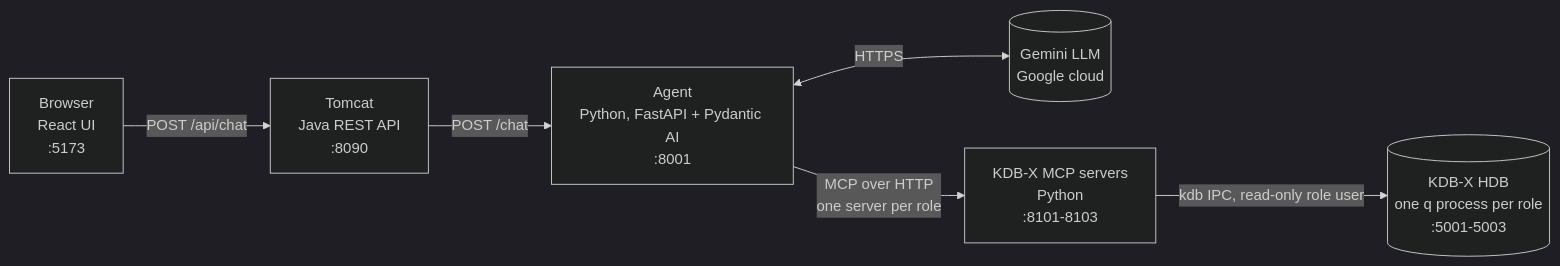
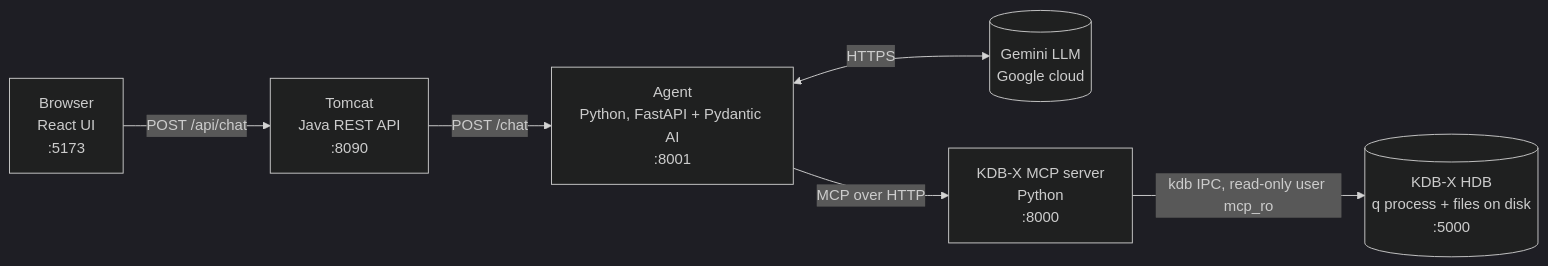
The first of 2 diagrams in doc/01-architecture.md (ronozh/kdb-ai-chat), drawn with Mermaid (dark theme) before and after one commit. The commit also changed other lines of this file and 10 other files, not shown here.

````diff
--- a/doc/01-architecture.md
+++ b/doc/01-architecture.md
@@ -11,8 +11,8 @@
 ```mermaid
 flowchart LR
     U[Browser<br/>React UI<br/>:5173] -->|POST /api/chat| T[Tomcat<br/>Java REST API<br/>:8090]
     T -->|POST /chat| A[Agent<br/>Python, FastAPI + Pydantic AI<br/>:8001]
     A <-->|HTTPS| G[(Gemini LLM<br/>Google cloud)]
-    A -->|MCP over HTTP<br/>one server per role| M[KDB-X MCP servers<br/>Python<br/>:8101-8103]
-    M -->|kdb IPC, read-only role user| K[(KDB-X HDB<br/>one q process per role<br/>:5001-5003)]
+    A -->|MCP over HTTP| M[KDB-X MCP server<br/>Python<br/>:8000]
+    M -->|kdb IPC, read-only user mcp_ro| K[(KDB-X HDB<br/>q process + files on disk<br/>:5000)]
 ```
````
